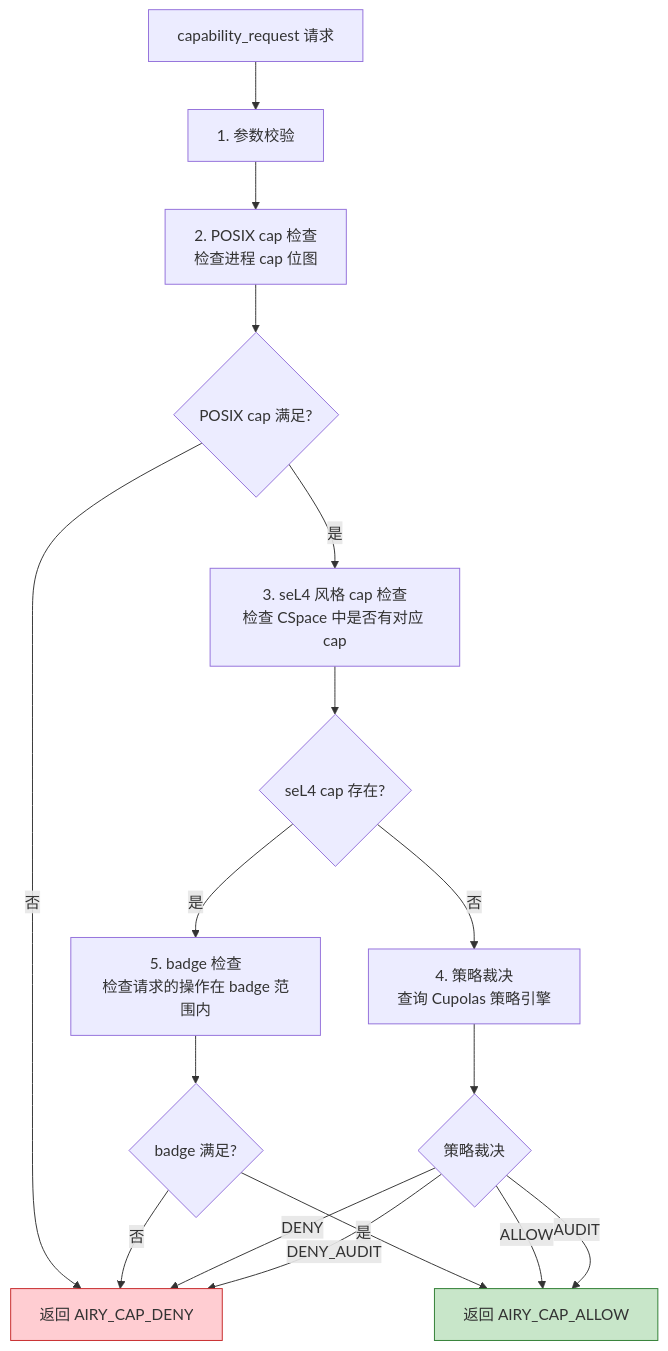
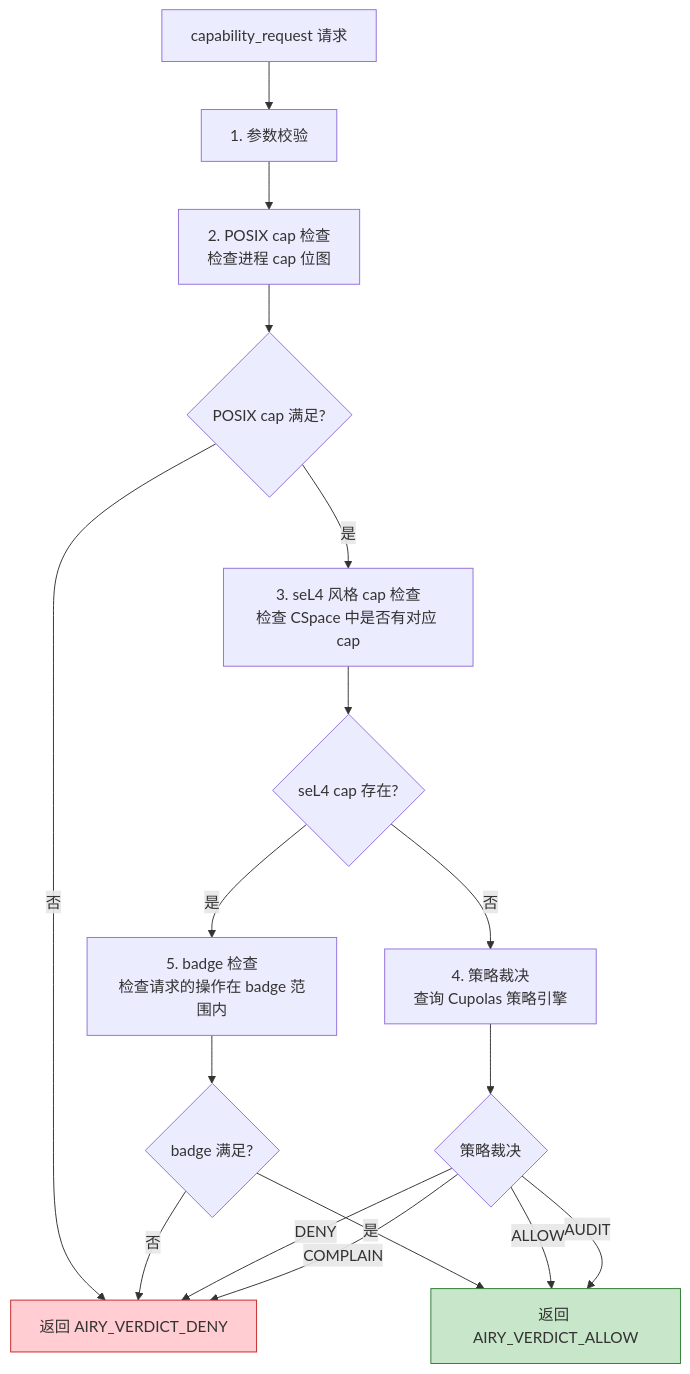
One commit to openairymax/docs changed the third of 4 diagrams in AirymaxOS/110-security/03-capability-model.md. Above: the diagram before and after it, drawn with Mermaid. The commit also changed other lines of this file and 135 other files, not shown here.

````diff
--- a/AirymaxOS/110-security/03-capability-model.md
+++ b/AirymaxOS/110-security/03-capability-model.md
@@ -1118,22 +1079,22 @@
 ```mermaid
 graph TD
     A[capability_request 请求] --> B[1. 参数校验]
     B --> C[2. POSIX cap 检查<br/>检查进程 cap 位图]
     C --> D{POSIX cap 满足?}
-    D -->|否| E[返回 AIRY_CAP_DENY]
+    D -->|否| E[返回 AIRY_VERDICT_DENY]
     D -->|是| F[3. seL4 风格 cap 检查<br/>检查 CSpace 中是否有对应 cap]
     F --> G{seL4 cap 存在?}
     G -->|否| H[4. 策略裁决<br/>查询 Cupolas 策略引擎]
     G -->|是| I[5. badge 检查<br/>检查请求的操作在 badge 范围内]
     H --> J{策略裁决}
     I --> K{badge 满足?}
     K -->|否| E
-    K -->|是| L[返回 AIRY_CAP_ALLOW]
+    K -->|是| L[返回 AIRY_VERDICT_ALLOW]
     J -->|ALLOW| L
     J -->|DENY| E
     J -->|AUDIT| L
-    J -->|DENY_AUDIT| E
+    J -->|COMPLAIN| E
 
     style E fill:#ffcdd2,stroke:#c62828
     style L fill:#c8e6c9,stroke:#2e7d32
 ```
````
